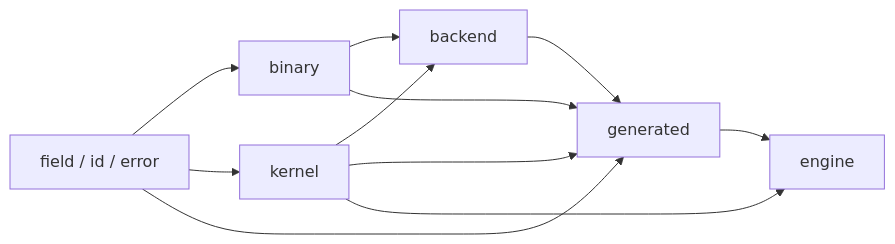
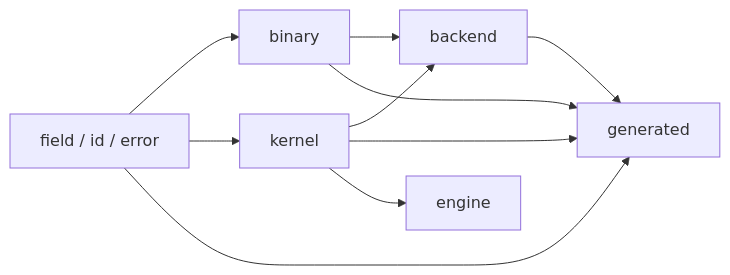
The first of 3 diagrams in docs/microfield/architecture.md (alfredoVallejoM/homomorphic-hash-rs), drawn with Mermaid before and after one commit. The commit also changed other lines of this file and 30 other files, not shown here.

````diff
--- a/docs/microfield/architecture.md
+++ b/docs/microfield/architecture.md
@@ -5,20 +5,19 @@
 ```mermaid
 flowchart LR
     Field[field / id / error]
     Binary[binary]
     Kernel[kernel]
     Backend[backend]
     Generated[generated]
     Engine[engine]
 
     Field --> Binary
     Field --> Kernel
     Binary --> Backend
     Kernel --> Backend
     Field --> Generated
     Binary --> Generated
     Kernel --> Generated
     Backend --> Generated
     Kernel --> Engine
-    Generated --> Engine
 ```
````
